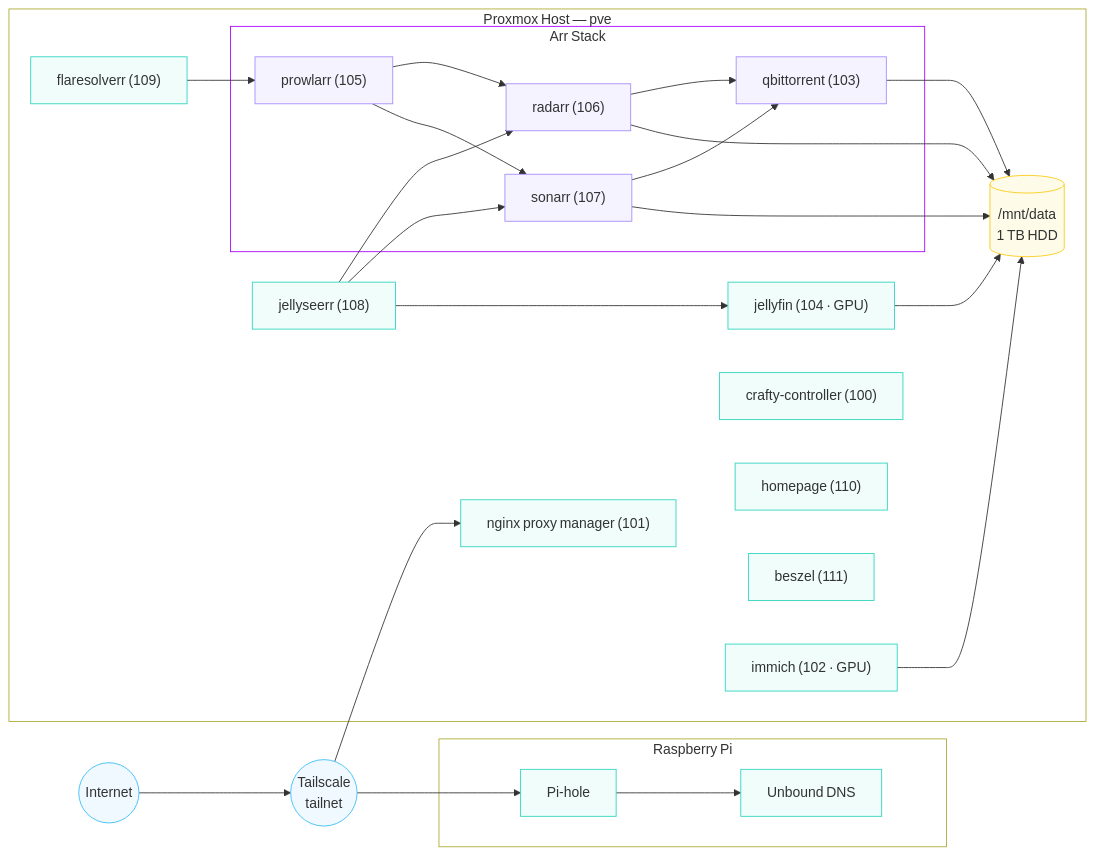
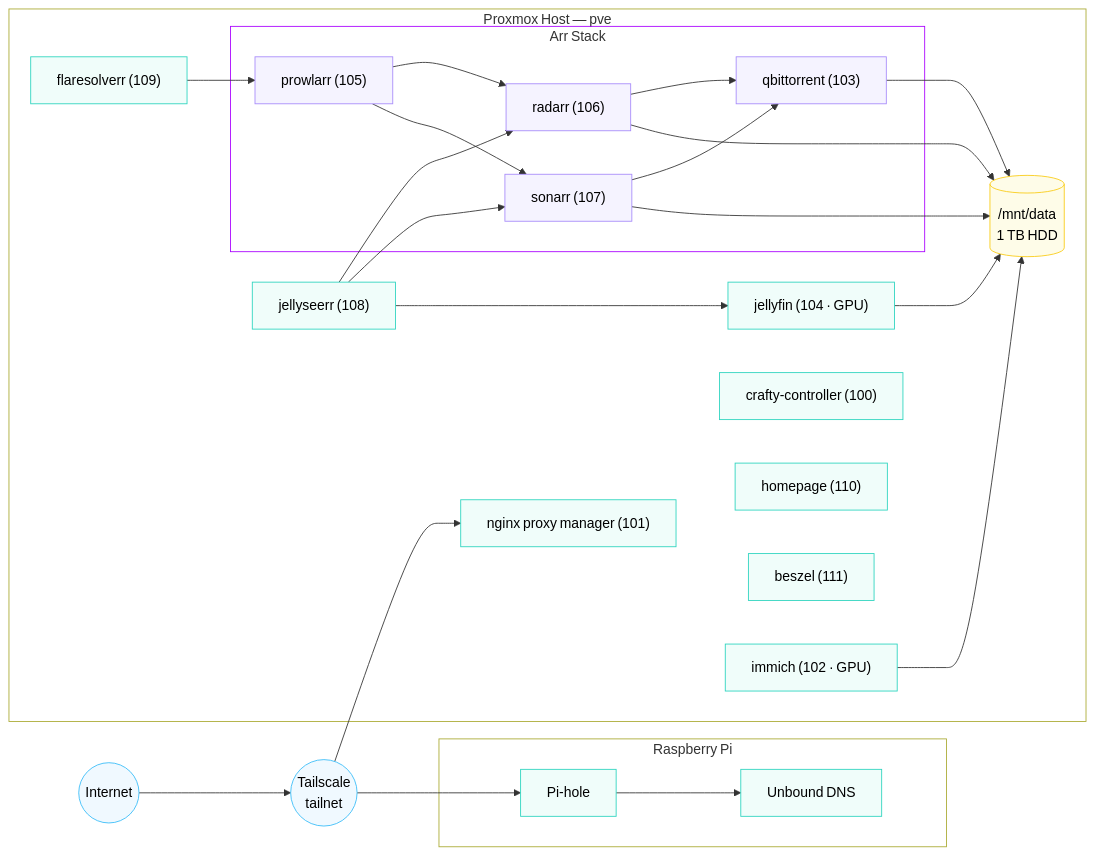
Before and after one commit to EthanFavis/Ethanet: the diagram in diagrams/network.mmd, drawn with Mermaid. The commit also changed 1 other file, not shown here.

Commit message:
Pin diagram text color to black for dark-mode readability

```diff
--- a/diagrams/network.mmd
+++ b/diagrams/network.mmd
@@ -1,66 +1,66 @@
 flowchart LR
  subgraph Pi["Raspberry Pi"]
         Pihole["Pi‑hole"]
         Unbound["Unbound DNS"]
   end
  subgraph ARR["Arr Stack"]
         Prowlarr["prowlarr (105)"]
         Radarr["radarr (106)"]
         Sonarr["sonarr (107)"]
         QB["qbittorrent (103)"]
   end
  subgraph PVE["Proxmox Host — pve"]
         Homepage["homepage (110)"]
         NPM["nginx proxy manager (101)"]
         Crafty["crafty‑controller (100)"]
         Beszel["beszel (111)"]
         Flare["flaresolverr (109)"]
         ARR
         Seerr["jellyseerr (108)"]
         Jellyfin["jellyfin (104 · GPU)"]
         Immich["immich (102 · GPU)"]
         Storage[("/mnt/data<br>1 TB HDD")]
   end
     Internet(("Internet")) --> Tailnet(("Tailscale<br>tailnet"))
     Pihole --> Unbound
     Prowlarr --> Radarr & Sonarr
     Radarr --> QB & Storage
     Sonarr --> QB & Storage
     Tailnet --> Pihole & NPM
     Flare --> Prowlarr
     Seerr --> Radarr & Sonarr & Jellyfin
     QB --> Storage
     Jellyfin --> Storage
     Immich --> Storage
 
     %% invisible edges to anchor orphan containers near NPM
     NPM ~~~ Crafty
     NPM ~~~ Homepage
     NPM ~~~ Beszel
     NPM ~~~ Immich
 
      Internet:::network
      Tailnet:::network
      Pihole:::service
      Unbound:::service
      Homepage:::service
      NPM:::service
      Crafty:::service
      Beszel:::service
      Flare:::service
      Prowlarr:::media
      Radarr:::media
      Sonarr:::media
      QB:::media
      Seerr:::service
      Jellyfin:::service
      Immich:::service
      Storage:::storage
-    classDef infra stroke:#818cf8,fill:#eef2ff
-    classDef service stroke:#2dd4bf,fill:#f0fdfa
-    classDef storage stroke:#facc15,fill:#fefce8
-    classDef network stroke:#38bdf8,fill:#f0f9ff
-    classDef media stroke:#a78bfa,fill:#f5f3ff
+    classDef infra stroke:#818cf8,fill:#eef2ff,color:#000
+    classDef service stroke:#2dd4bf,fill:#f0fdfa,color:#000
+    classDef storage stroke:#facc15,fill:#fefce8,color:#000
+    classDef network stroke:#38bdf8,fill:#f0f9ff,color:#000
+    classDef media stroke:#a78bfa,fill:#f5f3ff,color:#000
     style ARR stroke:#AA00FF,fill:transparent
     style PVE fill:transparent
     style Pi fill:transparent
```
